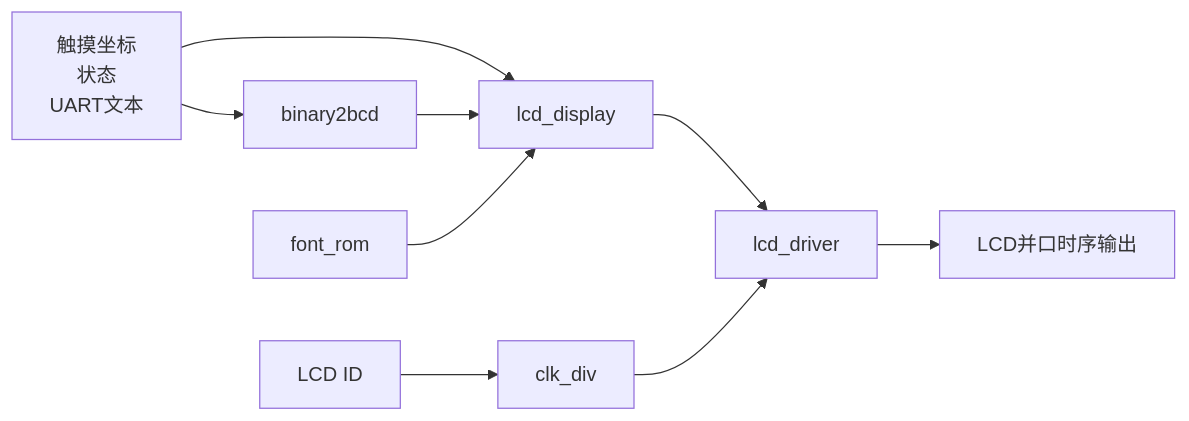
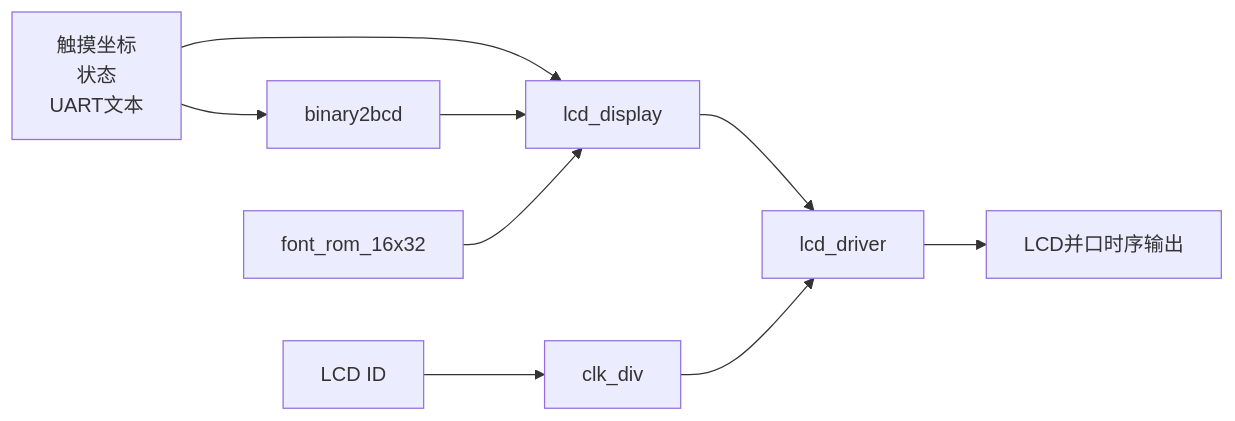
Before and after one commit to zhangtao3207/PQM: the eighth of 8 diagrams in FPGA/rtl/lcd/display/lcd.md, drawn with Mermaid. The commit also changed other lines of this file and 15 other files, not shown here.

````diff
--- a/FPGA/rtl/lcd/display/lcd.md
+++ b/FPGA/rtl/lcd/display/lcd.md
@@ -303,11 +303,11 @@
 ```mermaid
 flowchart LR
     A[触摸坐标<br/>状态<br/>UART文本] --> B[binary2bcd]
     A --> C[lcd_display]
     D[LCD ID] --> E[clk_div]
     B --> C
-    F[font_rom] --> C
+    F[font_rom_16x32] --> C
     C --> G[lcd_driver]
     E --> G
     G --> H[LCD并口时序输出]
 ```
````
